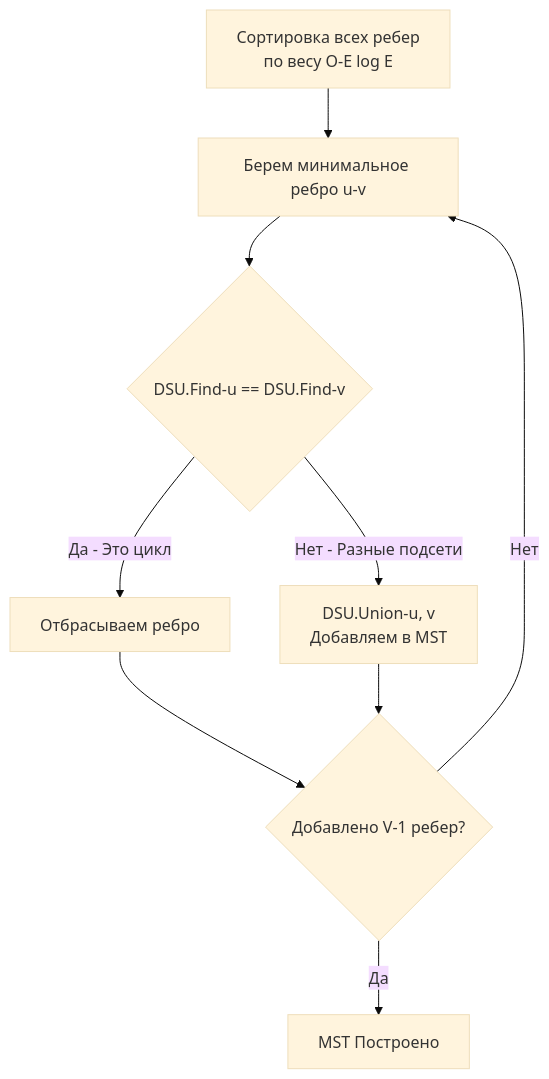
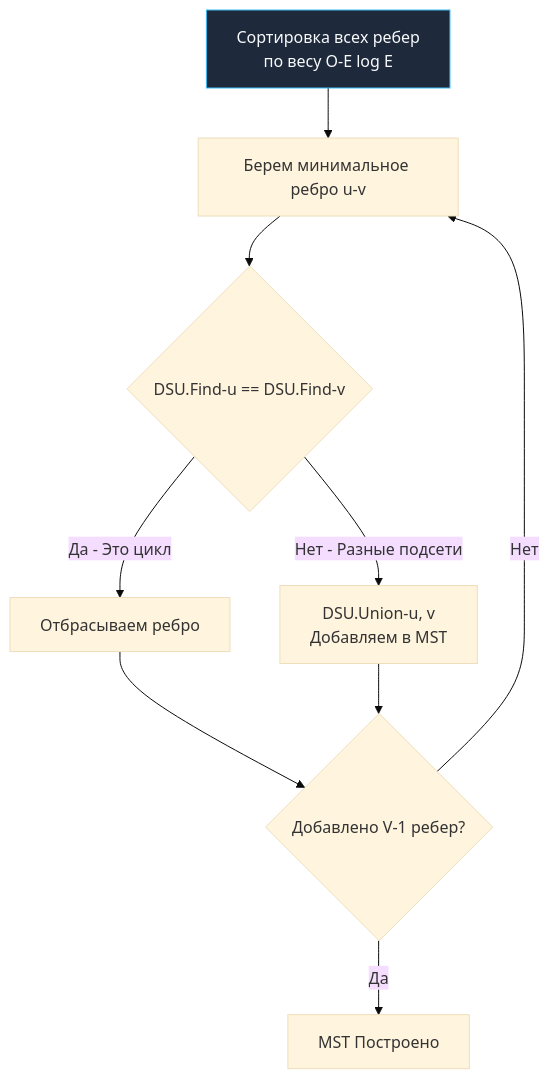
One commit to UnrealTemplier/go-textbook changed the diagram in sources/21. Задачи с LeetCode и собеседований на Go/02. Задачи/15. Union Find/2. Применения.md. Above: the diagram before and after it, drawn with Mermaid (base theme). The commit also changed 1666 other files, not shown here.

First line of the commit message:
feat(mermaid): add semantic color classDef to 1369 colorless flowchart/graph diagrams

````diff
--- a/sources/21. Задачи с LeetCode и собеседований на Go/02. Задачи/15. Union Find/2. Применения.md
+++ b/sources/21. Задачи с LeetCode и собеседований на Go/02. Задачи/15. Union Find/2. Применения.md
@@ -82,11 +82,21 @@
 ```mermaid
 graph TD
-    A["Сортировка всех ребер<br>по весу O-E log E"] --> B["Берем минимальное ребро u-v"]
+    classDef process  fill:#1e293b,stroke:#38bdf8,stroke-width:1px,color:#f8fafc
+    classDef success  fill:#064e3b,stroke:#34d399,stroke-width:1px,color:#f8fafc
+    classDef error    fill:#7f1d1d,stroke:#f87171,stroke-width:1px,color:#f8fafc
+    classDef warning  fill:#78350f,stroke:#fbbf24,stroke-width:1px,color:#f8fafc
+    classDef entry    fill:#1e3a5f,stroke:#38bdf8,stroke-width:2px,color:#f8fafc
+    classDef aux      fill:#334155,stroke:#64748b,stroke-width:1px,color:#f8fafc
+    classDef system   fill:#312e81,stroke:#a78bfa,stroke-width:1px,color:#f8fafc
+    classDef data     fill:#132d29,stroke:#2dd4bf,stroke-width:1px,color:#f8fafc
+    classDef network  fill:#881337,stroke:#fb7185,stroke-width:1px,color:#f8fafc
+    classDef accent   fill:#1e1b4b,stroke:#818cf8,stroke-width:1px,color:#f8fafc
+    A["Сортировка всех ребер<br>по весу O-E log E"]:::process --> B["Берем минимальное ребро u-v"]
     B --> C{"DSU.Find-u == DSU.Find-v"}
     C -->|Да - Это цикл| D["Отбрасываем ребро"]
     C -->|Нет - Разные подсети| E["DSU.Union-u, v<br>Добавляем в MST"]
     D --> F{"Добавлено V-1 ребер?"}
     E --> F
     F -->|Нет| B
     F -->|Да| G["MST Построено"]
 ```
````
